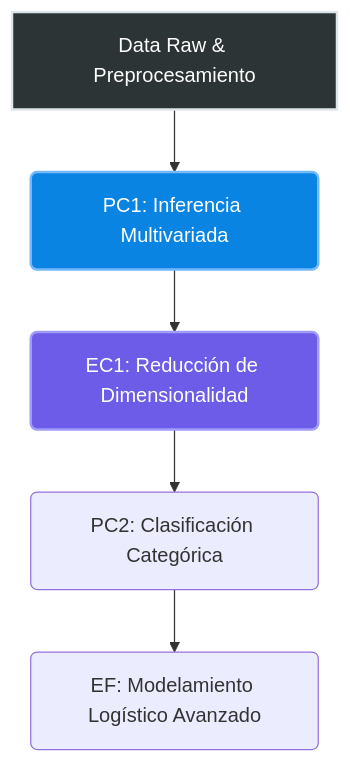
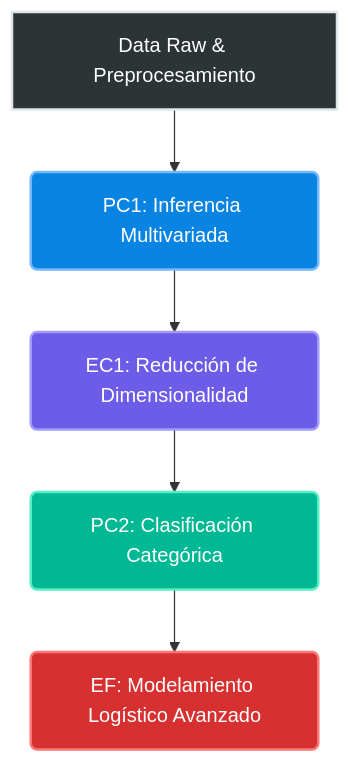
The diagram in README.md (joseluis02678/Applied-Multivariate-Analysis), drawn with Mermaid before and after one commit.

Commit message:
Fix formatting in README.md

````diff
--- a/README.md
+++ b/README.md
@@ -19,11 +19,14 @@
 ```mermaid
 graph TD
     A[Data Raw & Preprocesamiento] --> B(PC1: Inferencia Multivariada)
     B --> C(EC1: Reducción de Dimensionalidad)
     C --> D(PC2: Clasificación Categórica)
     D --> E(EF: Modelamiento Logístico Avanzado)
     
     style A fill:#2d3436,stroke:#dfe6e9,stroke-width:2px,color:#fff
     style B fill:#0984e3,stroke:#74b9ff,stroke-width:2px,color:#fff
     style C fill:#6c5ce7,stroke:#a29bfe,stroke-width:2px,color:#fff
+
+    style D fill:#00b894,stroke:#55efc4,stroke-width:2px,color:#fff
+    style E fill:#d63031,stroke:#ff7675,stroke-width:2px,color:#fff
 ```
````
